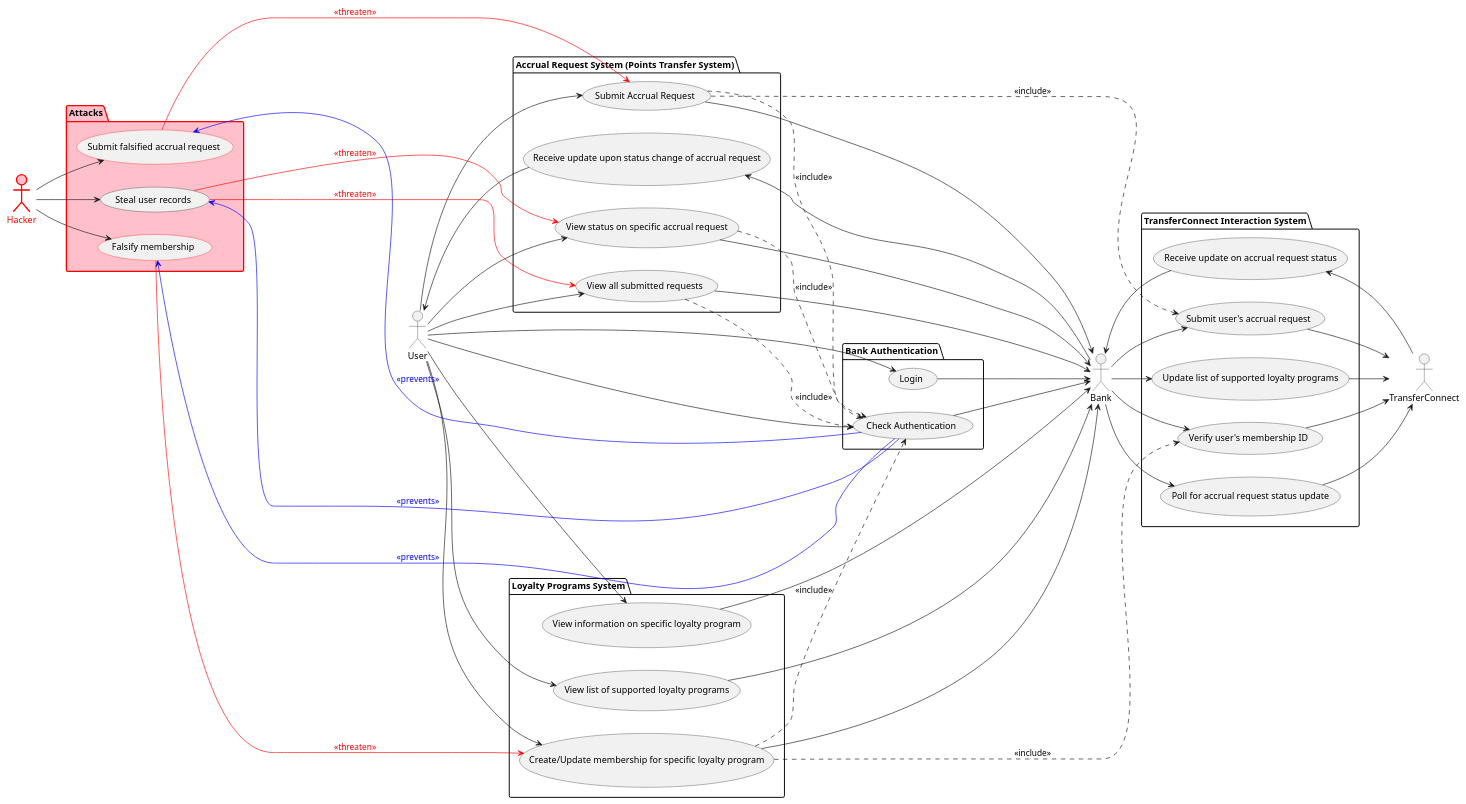
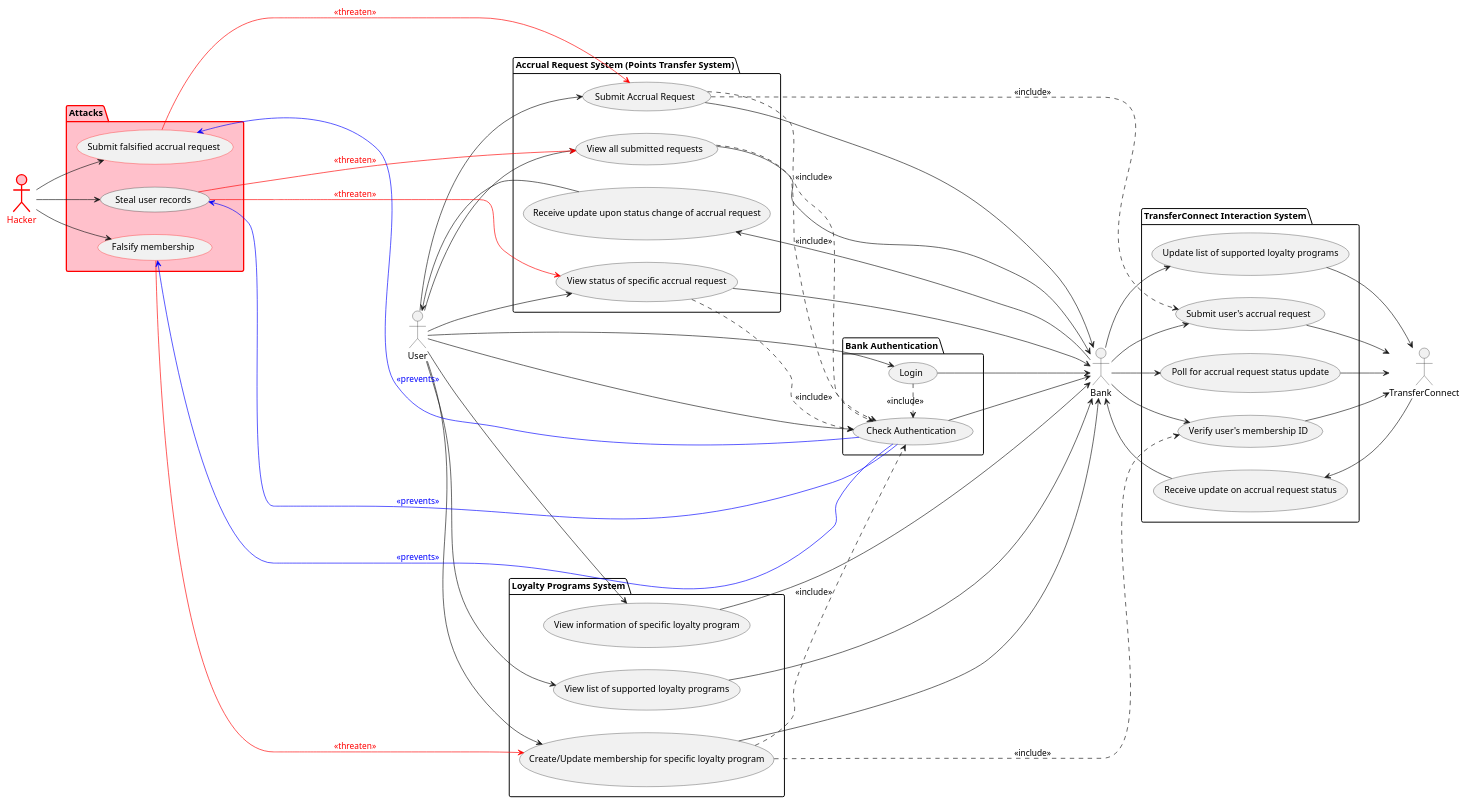
Before and after one commit to Rye123/esc-transferconnect: the diagram in diagrams/bank/bank-use-case-diagram-with-misuse.wsd, drawn with PlantUML. The commit also changed 1 other file, not shown here.

Commit message:
update bank use case diagram

```diff
--- a/diagrams/bank/bank-use-case-diagram-with-misuse.wsd
+++ b/diagrams/bank/bank-use-case-diagram-with-misuse.wsd
@@ -1,92 +1,93 @@
 @startuml Bank Use Case Diagram
 left to right direction
 
 actor User as u
 actor Bank as b
 actor TransferConnect as tc
 actor Hacker as h #pink;line:red;line.bold;text:red
 
 
 package "Bank Authentication" {
     usecase "Login" as UCBA1
     usecase "Check Authentication" as UCBA2
 }
 
 package "Loyalty Programs System" {
     usecase "View list of supported loyalty programs" as UCLP1
-    usecase "View information on specific loyalty program" as UCLP2
+    usecase "View information of specific loyalty program" as UCLP2
     usecase "Create/Update membership for specific loyalty program" as UCLP3
 }
 
 package "Accrual Request System (Points Transfer System)" {
     usecase "Submit Accrual Request" as UCAR1
     usecase "View all submitted requests" as UCAR2
-    usecase "View status on specific accrual request" as UCAR3
+    usecase "View status of specific accrual request" as UCAR3
     usecase "Receive update upon status change of accrual request" as UCAR4
 }
 
 package "TransferConnect Interaction System" {
     usecase "Update list of supported loyalty programs" as UCTC1
     usecase "Verify user's membership ID" as UCTC2
     usecase "Submit user's accrual request" as UCTC3
     usecase "Poll for accrual request status update" as UCTC4
     usecase "Receive update on accrual request status" as UCTC5
 }
 
 package "Attacks" #pink;line:red;line.bold{
     usecase "Falsify membership" as MUCUCLP3 #line:red;
     usecase "Submit falsified accrual request" as MUCUCAR1 #line:red;
     usecase "Steal user records" as MUCUCAR2n3
 }
 
 u ----> UCBA1
 UCBA1 ---> b
 u ----> UCBA2
 UCBA2 ---> b
+UCBA1 .> UCBA2 : <<include>>
 
 u ---> UCLP1
 UCLP1 ---> b
 u ---> UCLP2
 UCLP2 ---> b
 u ---> UCLP3
 UCLP3 ---> b
 UCLP3 ...> UCBA2: <<include>>
 
 u --> UCAR1
 UCAR1 --> b
 UCAR1 ...> UCBA2: <<include>>
 u --> UCAR2
 UCAR2 --> b
 UCAR2 ...> UCBA2: <<include>>
 u --> UCAR3
 UCAR3 --> b
 UCAR3 ...> UCBA2: <<include>>
 u <--- UCAR4
 UCAR4 <--- b
 
 b --> UCTC1
 UCTC1 --> tc
 b --> UCTC2
 UCTC2 --> tc
 b --> UCTC3
 UCTC3 --> tc
 b --> UCTC4
 UCTC4 --> tc
 b <-- UCTC5
 UCTC5 <-- tc
 
 UCLP3 ...> UCTC2: <<include>>
 UCAR1 ...> UCTC3: <<include>>
 
 h --> MUCUCLP3
 h --> MUCUCAR1
 h --> MUCUCAR2n3
 MUCUCLP3 ------> UCLP3 #red;text:red : <<threaten>>
 MUCUCAR1 ------> UCAR1 #red;text:red : <<threaten>>
 MUCUCAR2n3 ------> UCAR2 #red;text:red : <<threaten>>
 MUCUCAR2n3 ------> UCAR3 #red;text:red : <<threaten>>
 
 UCBA2 ------> MUCUCLP3 #blue;text:blue : <<prevents>>
 UCBA2 ------> MUCUCAR1 #blue;text:blue : <<prevents>>
 UCBA2 ------> MUCUCAR2n3 #blue;text:blue : <<prevents>>
 @enduml
```
